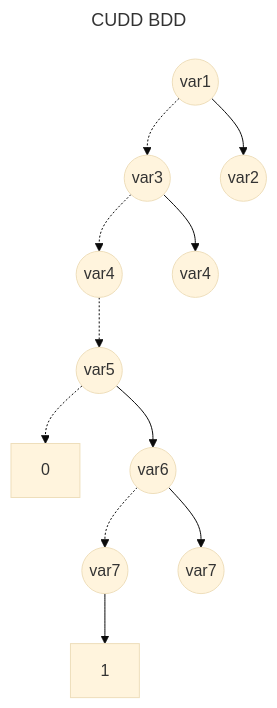
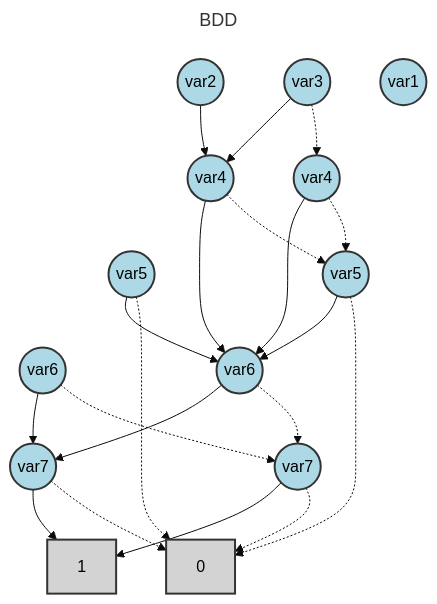
Before and after one commit to Alan-Jowett/bdd_test: the second of 2 diagrams in test_expressions/cudd_reference_outputs/all_operators_analysis.md, drawn with Mermaid (base theme). The commit also changed other lines of this file and 13 other files, not shown here.

````diff
--- a/test_expressions/cudd_reference_outputs/all_operators_analysis.md
+++ b/test_expressions/cudd_reference_outputs/all_operators_analysis.md
@@ -76,40 +76,56 @@
 ```mermaid
 ---
-title: CUDD BDD
+title: BDD
 ---
 flowchart TD
-    N0(("var1"))
-    N1(("var3"))
-    N2(("var4"))
-    N3(("var5"))
-    N4["0"]
-    N5(("var6"))
-    N6(("var7"))
-    N7["1"]
-    N8(("var7"))
+    N0["1"]
+    N1["0"]
+    N2(("var7"))
+    N3(("var7"))
+    N4(("var6"))
+    N5(("var5"))
+    N6(("var4"))
+    N7(("var6"))
+    N8(("var5"))
     N9(("var4"))
-    N10(("var2"))
+    N10(("var3"))
+    N11(("var2"))
+    N12(("var1"))
 
-    N0 -.-> N1
-    N1 -.-> N2
-    N2 -.-> N3
-    N3 -.-> N4
-    N3 --> N5
-    N5 -.-> N6
+    N2 -.-> N1
+    N2 --> N0
+    N3 -.-> N1
+    N3 --> N0
+    N4 -.-> N3
+    N4 --> N2
+    N5 -.-> N1
+    N5 --> N7
+    N6 -.-> N8
     N6 --> N7
-    N5 --> N8
-    N1 --> N9
-    N0 --> N10
+    N7 -.-> N3
+    N7 --> N2
+    N8 -.-> N1
+    N8 --> N7
+    N9 -.-> N8
+    N9 --> N7
+    N10 -.-> N6
+    N10 --> N9
+    N11 --> N9
 
-    class N0 default
-    class N1 default
-    class N2 default
-    class N3 default
-    class N4 default
-    class N5 default
-    class N6 default
-    class N7 default
-    class N8 default
-    class N9 default
-    class N10 default
+    class N0 terminal
+    class N1 terminal
+    class N2 bddVariable
+    class N3 bddVariable
+    class N4 bddVariable
+    class N5 bddVariable
+    class N6 bddVariable
+    class N7 bddVariable
+    class N8 bddVariable
+    class N9 bddVariable
+    class N10 bddVariable
+    class N11 bddVariable
+    class N12 bddVariable
+
+    classDef bddVariable fill:lightblue,stroke:#333,stroke-width:2px,color:#000
+    classDef terminal fill:lightgray,stroke:#333,stroke-width:2px,color:#000
 ```
````
